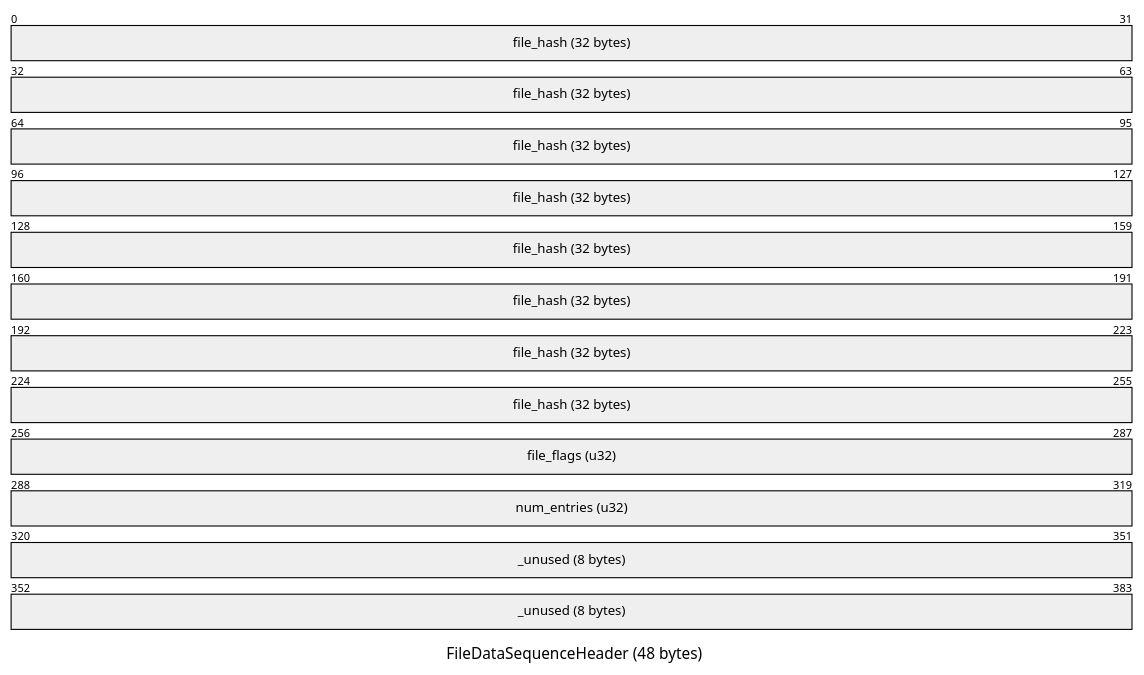
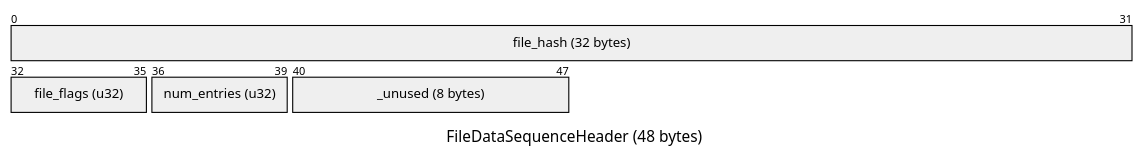
Before and after one commit to huggingface/hub-docs: the second of 8 diagrams in docs/xet/shard.md, drawn with Mermaid. The commit also changed other lines of this file and 1 other file, not shown here.

First line of the commit message:
Switch packet diagrams to byte-level addressing for readability

````diff
--- a/docs/xet/shard.md
+++ b/docs/xet/shard.md
@@ -225,10 +225,10 @@
 ```mermaid
 ---
 title: "FileDataSequenceHeader (48 bytes)"
 ---
 packet
-  0-255: "file_hash (32 bytes)"
-  256-287: "file_flags (u32)"
-  288-319: "num_entries (u32)"
-  320-383: "_unused (8 bytes)"
+  0-31: "file_hash (32 bytes)"
+  32-35: "file_flags (u32)"
+  36-39: "num_entries (u32)"
+  40-47: "_unused (8 bytes)"
 ```
````
